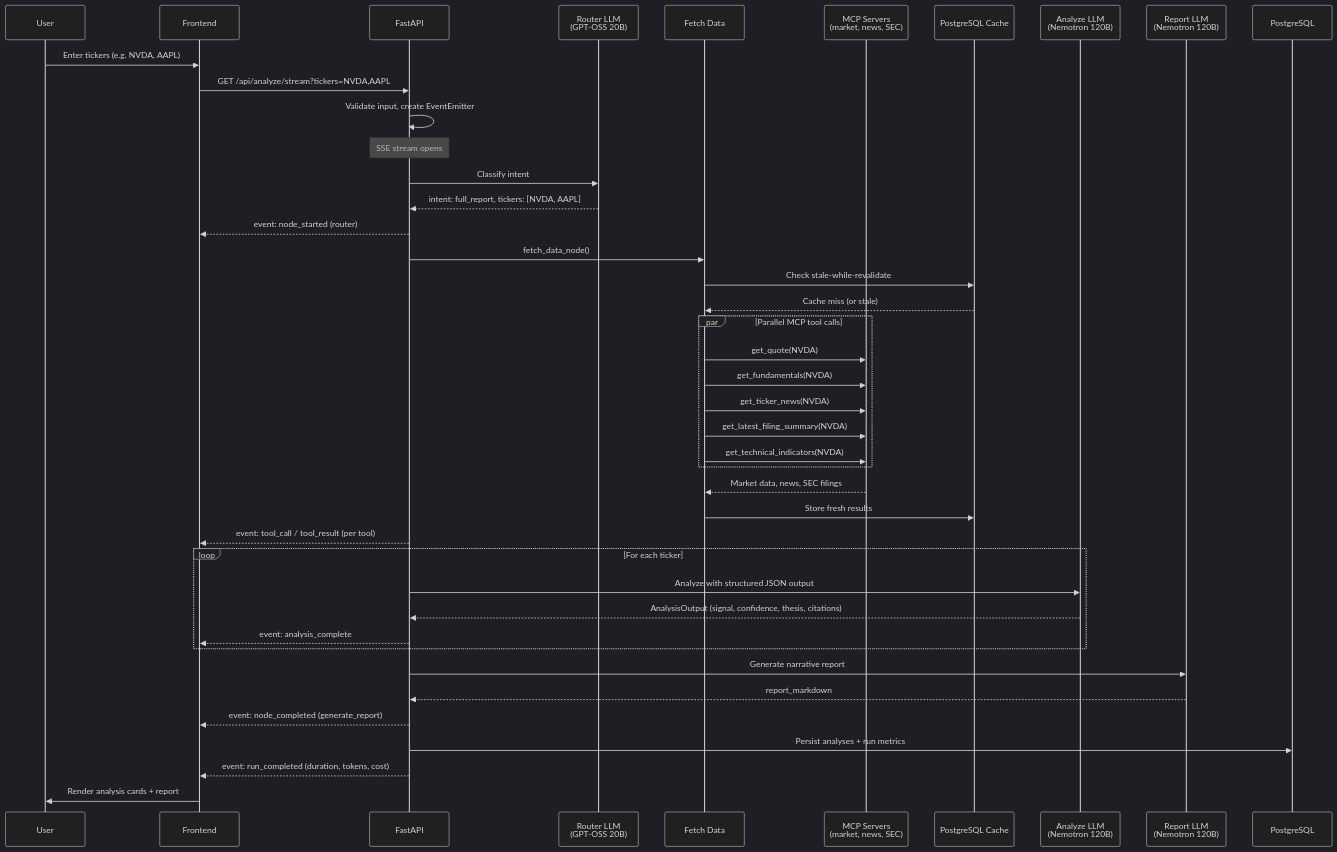
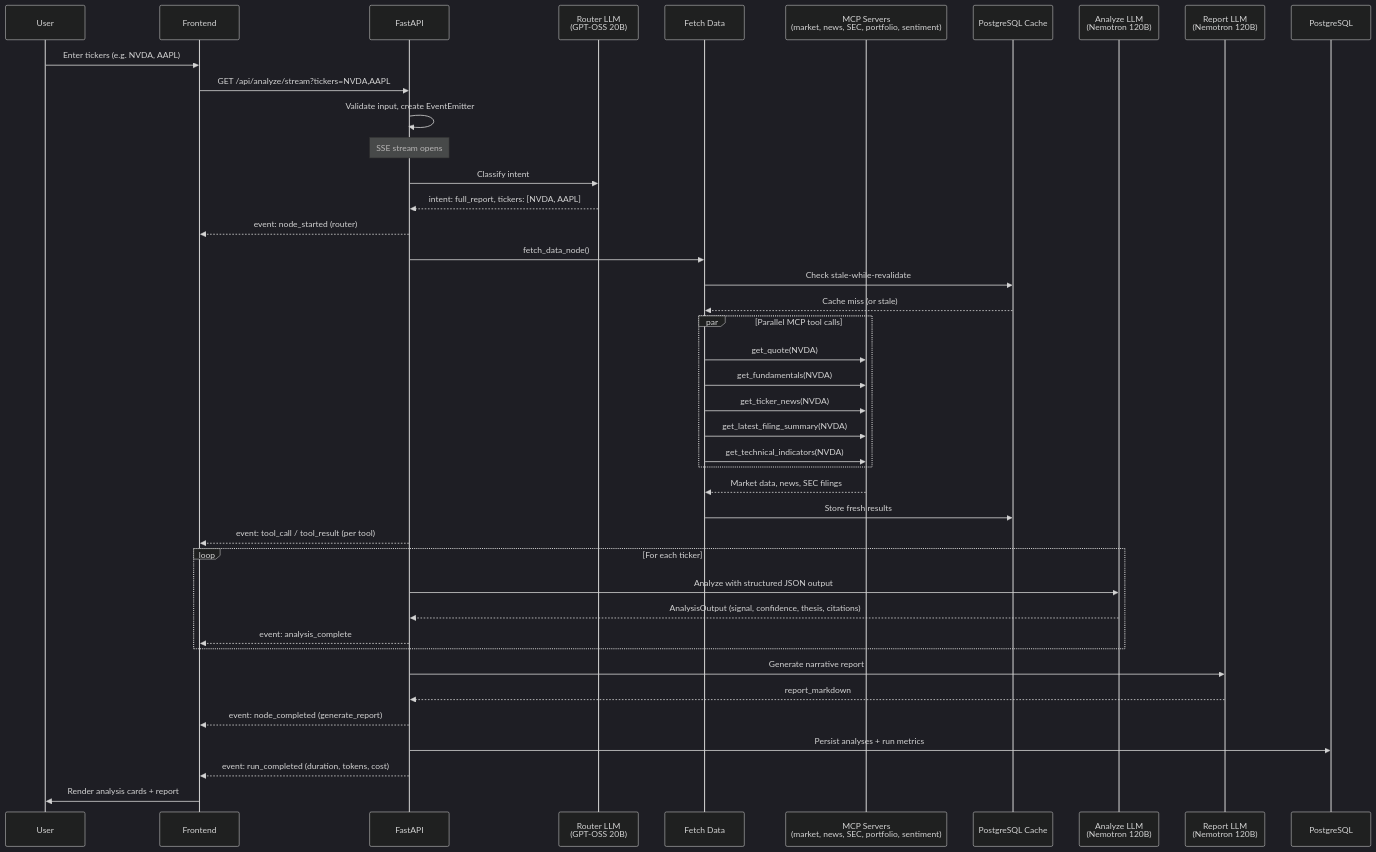
Before and after one commit to cl-xy/ai-investment-analyst: the second of 3 diagrams in docs/ARCHITECTURE.md, drawn with Mermaid (dark theme). The commit also changed other lines of this file and 28 other files, not shown here.

````diff
--- a/docs/ARCHITECTURE.md
+++ b/docs/ARCHITECTURE.md
@@ -38,54 +38,54 @@
 ```mermaid
 sequenceDiagram
     participant U as User
     participant FE as Frontend
     participant API as FastAPI
     participant R as Router LLM<br/>(GPT-OSS 20B)
     participant FD as Fetch Data
-    participant MCP as MCP Servers<br/>(market, news, SEC)
+    participant MCP as MCP Servers<br/>(market, news, SEC, portfolio, sentiment)
     participant Cache as PostgreSQL Cache
     participant A as Analyze LLM<br/>(Nemotron 120B)
     participant Rep as Report LLM<br/>(Nemotron 120B)
     participant PG as PostgreSQL
 
     U->>FE: Enter tickers (e.g. NVDA, AAPL)
     FE->>API: GET /api/analyze/stream?tickers=NVDA,AAPL
     API->>API: Validate input, create EventEmitter
 
     Note over API: SSE stream opens
 
     API->>R: Classify intent
     R-->>API: intent: full_report, tickers: [NVDA, AAPL]
     API-->>FE: event: node_started (router)
 
     API->>FD: fetch_data_node()
     FD->>Cache: Check stale-while-revalidate
     Cache-->>FD: Cache miss (or stale)
 
     par Parallel MCP tool calls
         FD->>MCP: get_quote(NVDA)
         FD->>MCP: get_fundamentals(NVDA)
         FD->>MCP: get_ticker_news(NVDA)
         FD->>MCP: get_latest_filing_summary(NVDA)
         FD->>MCP: get_technical_indicators(NVDA)
     end
 
     MCP-->>FD: Market data, news, SEC filings
     FD->>Cache: Store fresh results
     API-->>FE: event: tool_call / tool_result (per tool)
 
     loop For each ticker
         API->>A: Analyze with structured JSON output
         A-->>API: AnalysisOutput (signal, confidence, thesis, citations)
         API-->>FE: event: analysis_complete
     end
 
     API->>Rep: Generate narrative report
     Rep-->>API: report_markdown
     API-->>FE: event: node_completed (generate_report)
 
     API->>PG: Persist analyses + run metrics
     API-->>FE: event: run_completed (duration, tokens, cost)
 
     FE->>U: Render analysis cards + report
 ```
````
